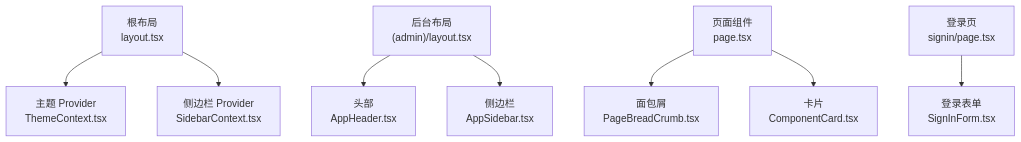
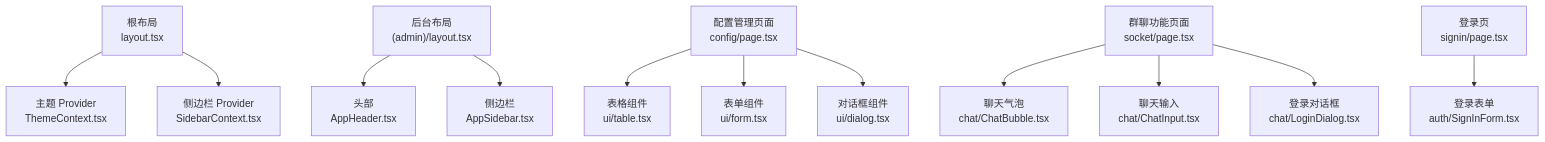
The seventh of 7 diagrams in .qoder/repowiki/zh/content/页面路由系统/页面路由系统.md (HAOFUYANG/nextjs-admin), drawn with Mermaid before and after one commit. The commit also changed other lines of this file and 36 other files, not shown here.

````diff
--- a/.qoder/repowiki/zh/content/页面路由系统/页面路由系统.md
+++ b/.qoder/repowiki/zh/content/页面路由系统/页面路由系统.md
@@ -323,10 +323,14 @@
 ```mermaid
 graph TB
 Root["根布局<br/>layout.tsx"] --> Theme["主题 Provider<br/>ThemeContext.tsx"]
 Root --> SidebarProv["侧边栏 Provider<br/>SidebarContext.tsx"]
 Admin["后台布局<br/>(admin)/layout.tsx"] --> Header["头部<br/>AppHeader.tsx"]
 Admin --> Sidebar["侧边栏<br/>AppSidebar.tsx"]
-Page["页面组件<br/>page.tsx"] --> Breadcrumb["面包屑<br/>PageBreadCrumb.tsx"]
-Page --> Card["卡片<br/>ComponentCard.tsx"]
-AuthPage["登录页<br/>signin/page.tsx"] --> SignIn["登录表单<br/>SignInForm.tsx"]
+ConfigPage["配置管理页面<br/>config/page.tsx"] --> Table["表格组件<br/>ui/table.tsx"]
+ConfigPage --> Form["表单组件<br/>ui/form.tsx"]
+ConfigPage --> Dialog["对话框组件<br/>ui/dialog.tsx"]
+ChatPage["群聊功能页面<br/>socket/page.tsx"] --> ChatBubble["聊天气泡<br/>chat/ChatBubble.tsx"]
+ChatPage --> ChatInput["聊天输入<br/>chat/ChatInput.tsx"]
+ChatPage --> LoginDialog["登录对话框<br/>chat/LoginDialog.tsx"]
+AuthPage["登录页<br/>signin/page.tsx"] --> SignIn["登录表单<br/>auth/SignInForm.tsx"]
 ```
````
